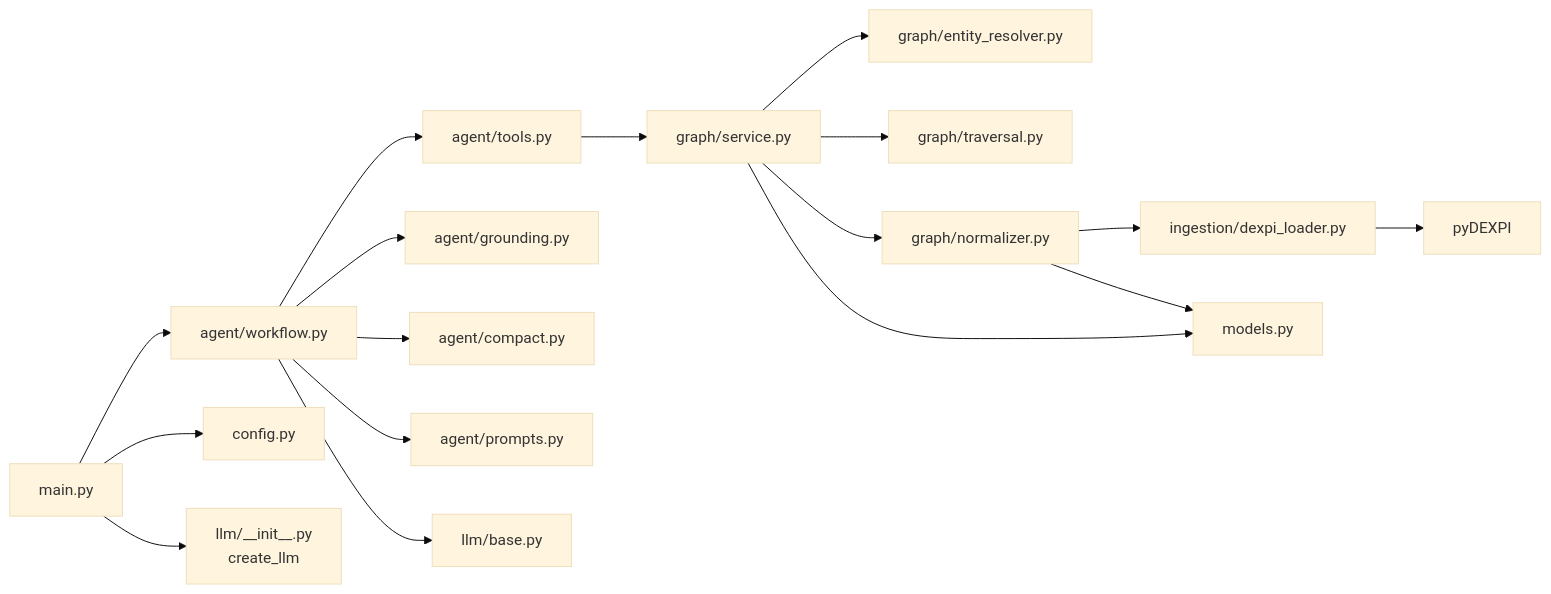
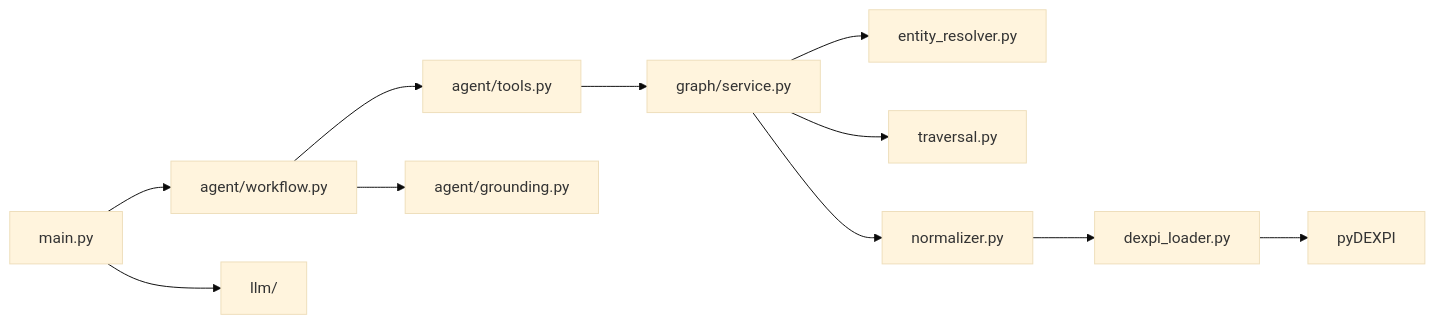
Before and after one commit to shaaz1000/pid-graph-agent: the third of 8 diagrams in docs/ARCHITECTURE_DEEP_DIVE.md, drawn with Mermaid (base theme). The commit also changed other lines of this file, not shown here.

Commit message:
docs: improve architecture deep dive usability

````diff
--- a/docs/ARCHITECTURE_DEEP_DIVE.md
+++ b/docs/ARCHITECTURE_DEEP_DIVE.md
@@ -130,19 +329,13 @@
 ```mermaid
 flowchart LR
     main["main.py"] --> wf["agent/workflow.py"]
-    main --> cfg["config.py"]
-    main --> llmf["llm/__init__.py<br/>create_llm"]
+    main --> llm["llm/"]
     wf --> tools["agent/tools.py"]
     wf --> ground["agent/grounding.py"]
-    wf --> compact["agent/compact.py"]
-    wf --> prompts["agent/prompts.py"]
-    wf --> base["llm/base.py"]
     tools --> svc["graph/service.py"]
-    svc --> res["graph/entity_resolver.py"]
-    svc --> trav["graph/traversal.py"]
-    svc --> norm["graph/normalizer.py"]
-    norm --> load["ingestion/dexpi_loader.py"]
+    svc --> res["entity_resolver.py"]
+    svc --> trav["traversal.py"]
+    svc --> norm["normalizer.py"]
+    norm --> load["dexpi_loader.py"]
     load --> pyd["pyDEXPI"]
-    svc --> models["models.py"]
-    norm --> models
 ```
````
